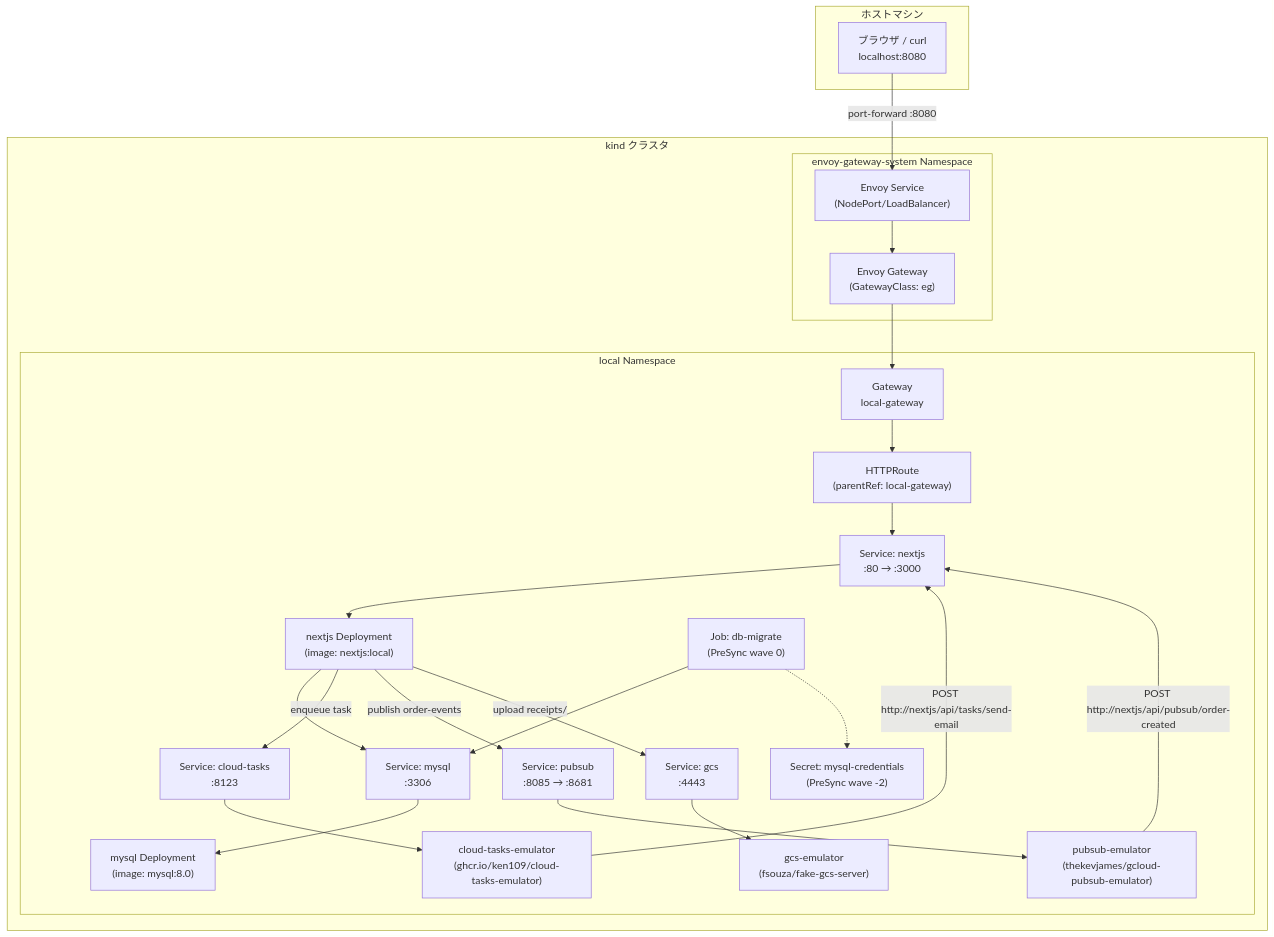
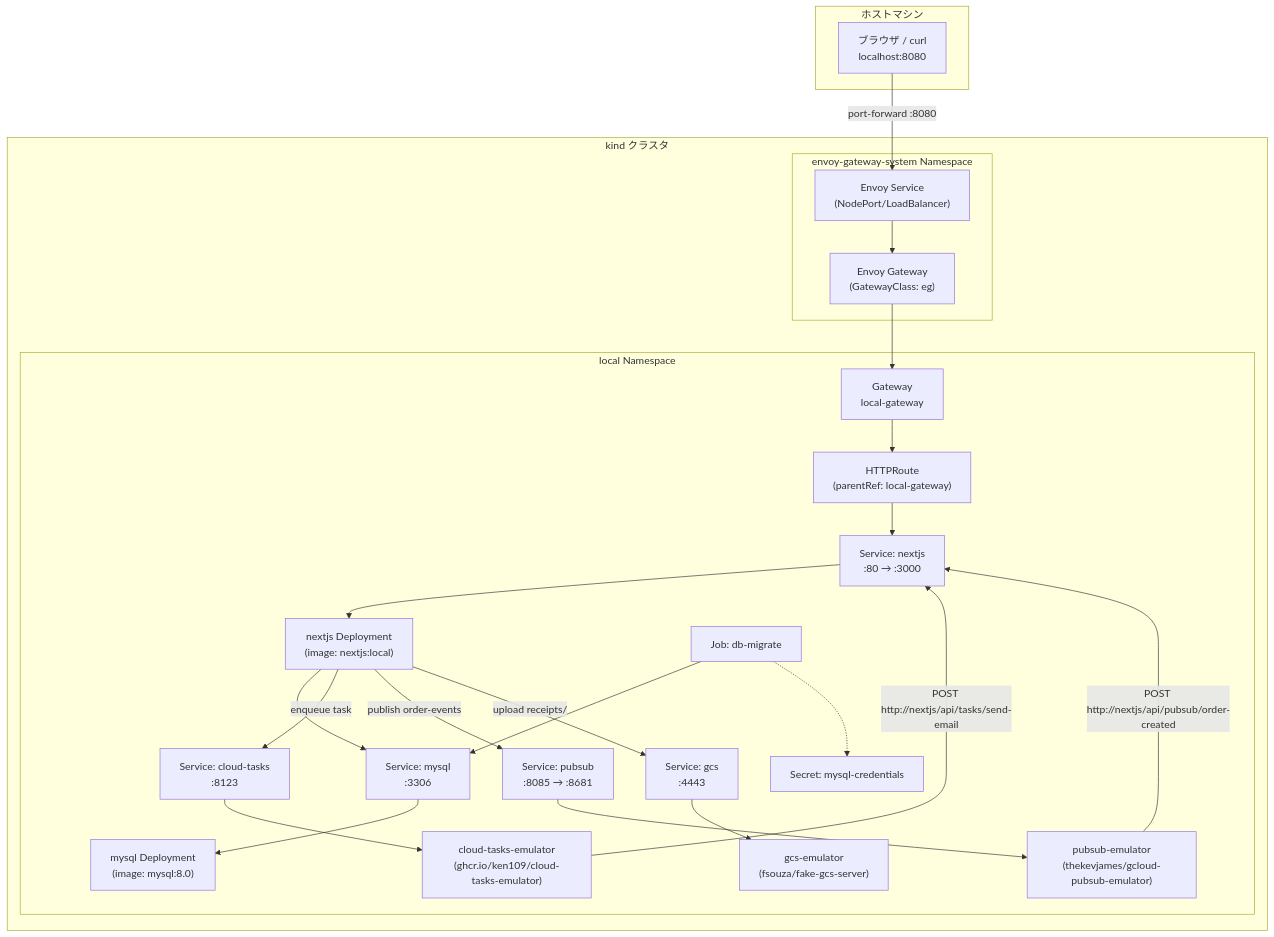
Before and after one commit to sikeda107/k8s-preview-environment-sample: the first of 3 diagrams in README.md, drawn with Mermaid. The commit also changed other lines of this file, not shown here.

````diff
--- a/README.md
+++ b/README.md
@@ -37,49 +39,49 @@
 ```mermaid
 graph TD
     subgraph host["ホストマシン"]
         browser["ブラウザ / curl\nlocalhost:8080"]
     end
 
     subgraph kind["kind クラスタ"]
         subgraph envoy["envoy-gateway-system Namespace"]
             eg["Envoy Gateway\n(GatewayClass: eg)"]
             svc_envoy["Envoy Service\n(NodePort/LoadBalancer)"]
         end
 
         subgraph local["local Namespace"]
             gw["Gateway\nlocal-gateway"]
             httproute["HTTPRoute\n(parentRef: local-gateway)"]
             nextjs["nextjs Deployment\n(image: nextjs:local)"]
             nextjs_svc["Service: nextjs\n:80 → :3000"]
             mysql["mysql Deployment\n(image: mysql:8.0)"]
             mysql_svc["Service: mysql\n:3306"]
             emulator["cloud-tasks-emulator\n(ghcr.io/ken109/cloud-tasks-emulator)"]
             emulator_svc["Service: cloud-tasks\n:8123"]
             pubsub["pubsub-emulator\n(thekevjames/gcloud-pubsub-emulator)"]
             pubsub_svc["Service: pubsub\n:8085 → :8681"]
             gcs["gcs-emulator\n(fsouza/fake-gcs-server)"]
             gcs_svc["Service: gcs\n:4443"]
-            migrate["Job: db-migrate\n(PreSync wave 0)"]
-            secret["Secret: mysql-credentials\n(PreSync wave -2)"]
+            migrate["Job: db-migrate"]
+            secret["Secret: mysql-credentials"]
         end
     end
 
     browser -- "port-forward :8080" --> svc_envoy
     svc_envoy --> eg
     eg --> gw
     gw --> httproute
     httproute --> nextjs_svc
     nextjs_svc --> nextjs
     nextjs --> mysql_svc
     mysql_svc --> mysql
     nextjs -- "enqueue task" --> emulator_svc
     emulator_svc --> emulator
     emulator -- "POST http://nextjs/api/tasks/send-email" --> nextjs_svc
     nextjs -- "publish order-events" --> pubsub_svc
     pubsub_svc --> pubsub
     pubsub -- "POST http://nextjs/api/pubsub/order-created" --> nextjs_svc
     nextjs -- "upload receipts/" --> gcs_svc
     gcs_svc --> gcs
     migrate --> mysql_svc
     migrate -.-> secret
 ```
````
